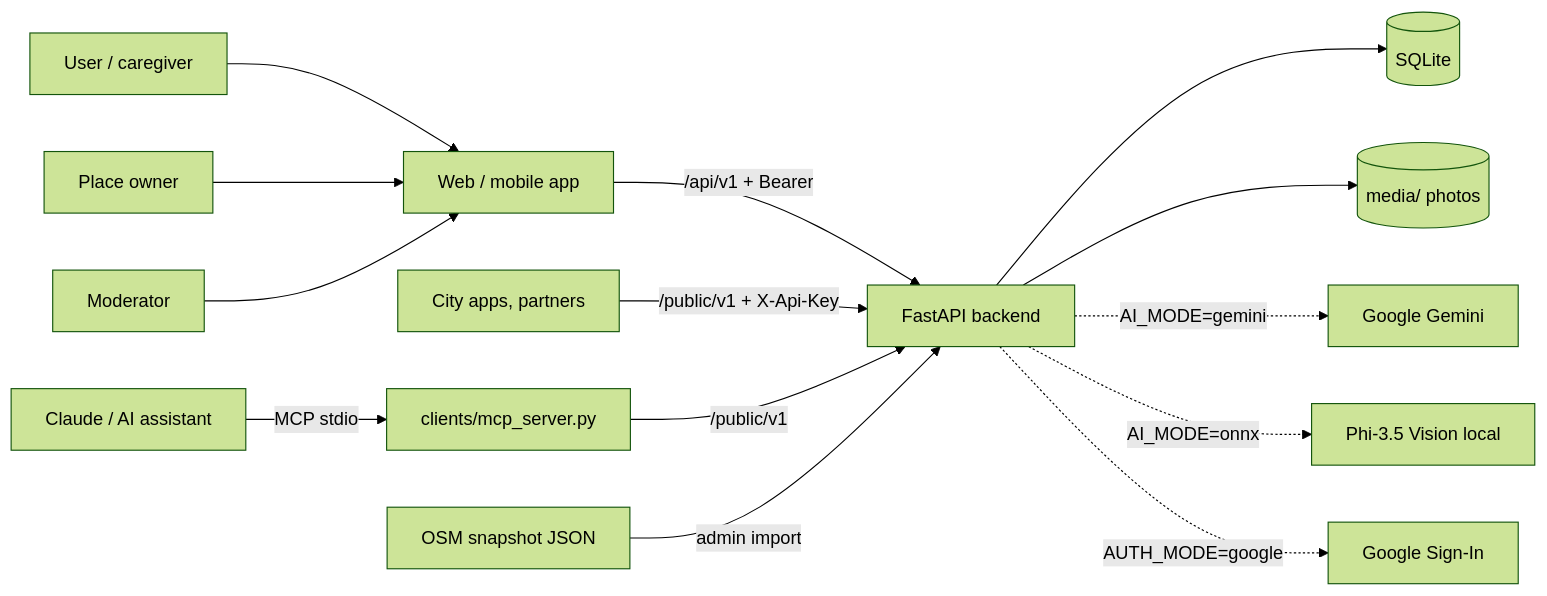
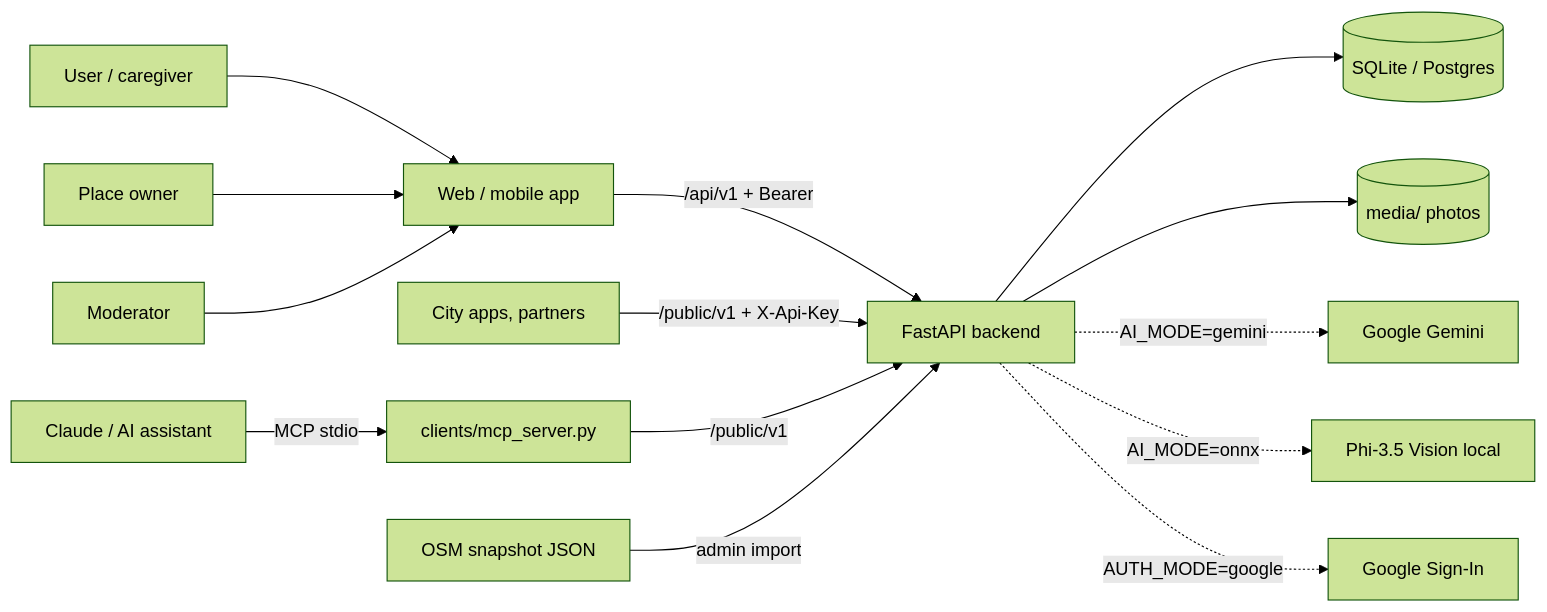
One commit to HakerSII/rampa-backend changed the diagram in docs/README.md. Above: the diagram before and after it, drawn with Mermaid (forest theme). The commit also changed other lines of this file and 8 other files, not shown here.

````diff
--- a/docs/README.md
+++ b/docs/README.md
@@ -37,15 +37,15 @@
 ```mermaid
 flowchart LR
     U[User / caregiver] --> FE[Web / mobile app]
     O[Place owner] --> FE
     A[Moderator] --> FE
     FE -->|/api/v1 + Bearer| API[FastAPI backend]
     EXT[City apps, partners] -->|/public/v1 + X-Api-Key| API
     CL[Claude / AI assistant] -->|MCP stdio| MCP[clients/mcp_server.py] -->|/public/v1| API
-    API --> DB[(SQLite)]
+    API --> DB[(SQLite / Postgres)]
     API --> M[(media/ photos)]
     API -.->|AI_MODE=gemini| G[Google Gemini]
     API -.->|AI_MODE=onnx| P[Phi-3.5 Vision local]
     API -.->|AUTH_MODE=google| GA[Google Sign-In]
     OSM[OSM snapshot JSON] -->|admin import| API
 ```
````
